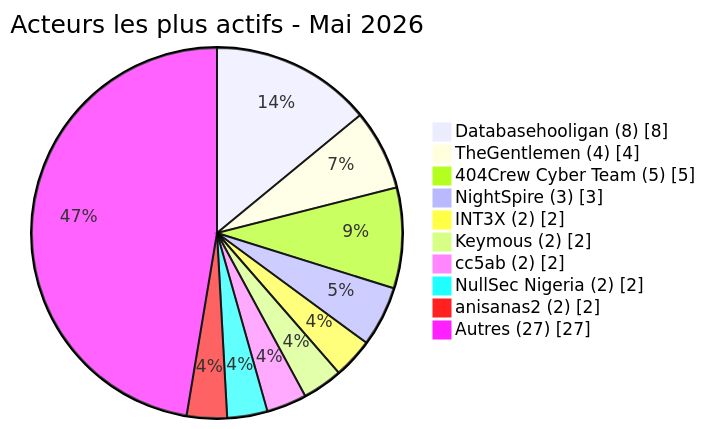
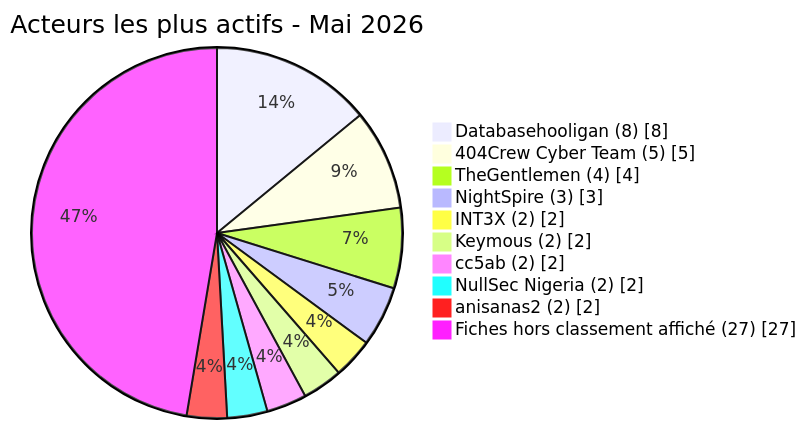
Before and after one commit to Hatchepsoute/AFRINTEL: the fourth of 4 diagrams in CyberAttackAfrica/2026/05-may/README_FR.md, drawn with Mermaid. The commit also changed other lines of this file and 39 other files, not shown here.

````diff
--- a/CyberAttackAfrica/2026/05-may/README_FR.md
+++ b/CyberAttackAfrica/2026/05-may/README_FR.md
@@ -215,14 +223,14 @@
 ```mermaid
 pie showData
  title Acteurs les plus actifs - Mai 2026
  "Databasehooligan (8)" : 8
+ "404Crew Cyber Team (5)" : 5
  "TheGentlemen (4)" : 4
- "404Crew Cyber Team (5)" : 5
  "NightSpire (3)" : 3
  "INT3X (2)" : 2
  "Keymous (2)" : 2
  "cc5ab (2)" : 2
  "NullSec Nigeria (2)" : 2
  "anisanas2 (2)" : 2
- "Autres (27)" : 27
+ "Fiches hors classement affiché (27)" : 27
 ```
````
